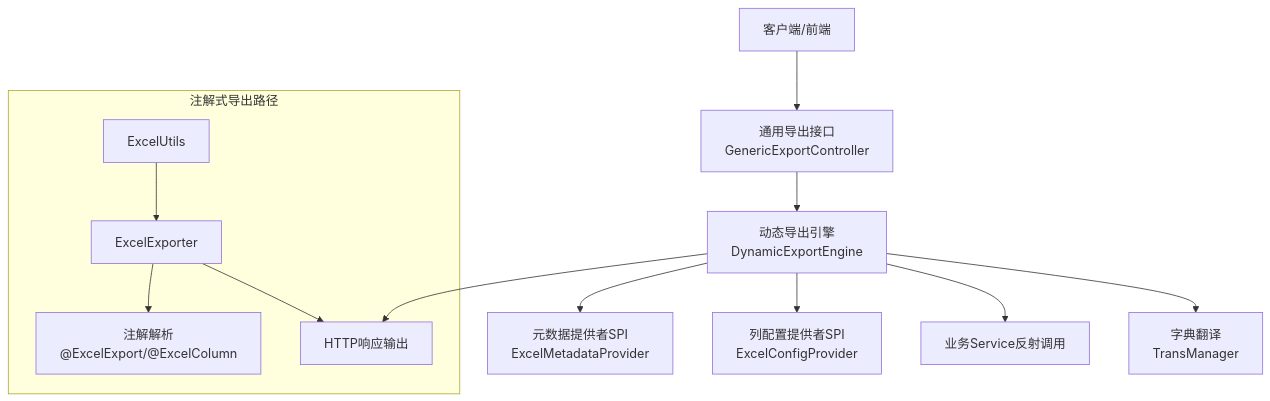
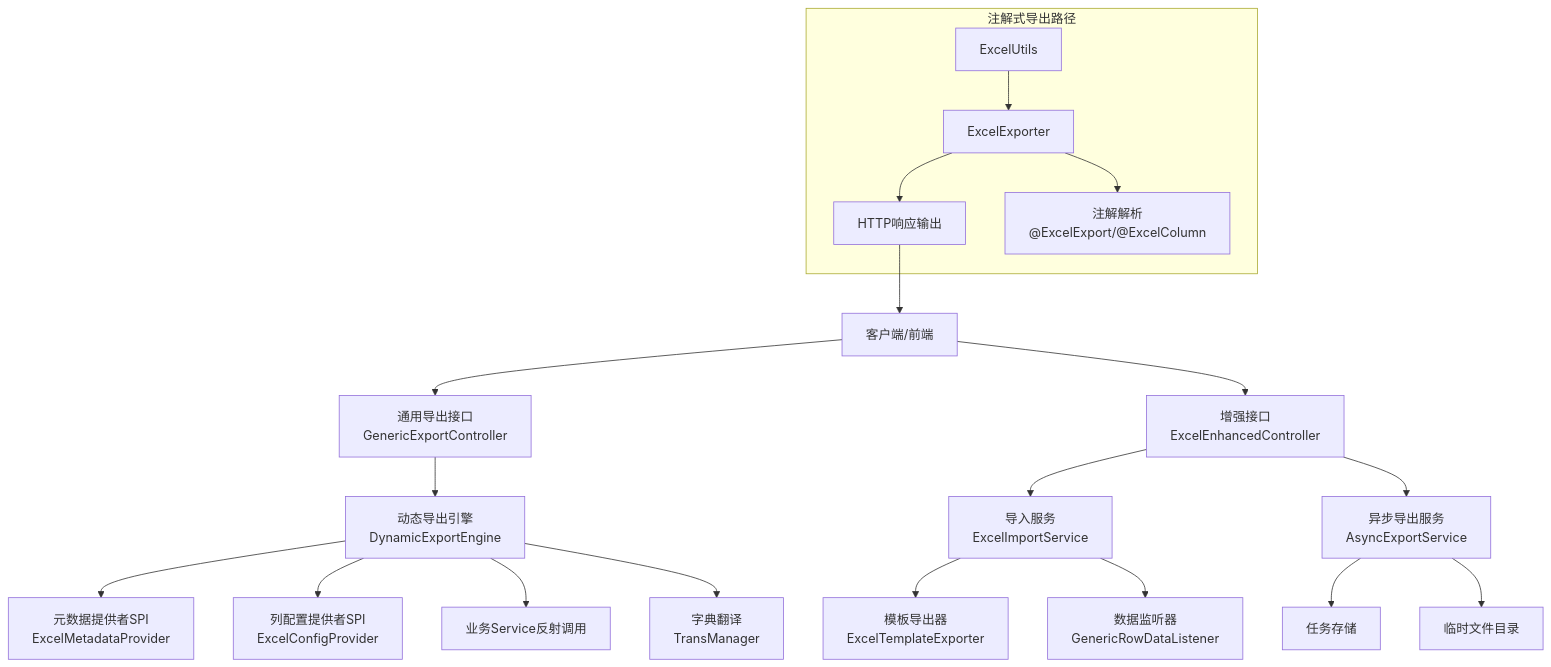
Before and after one commit to yaomindong1996/forge-admin: the second of 16 diagrams in .qoder/repowiki/zh/content/核心功能模块/Excel处理功能/Excel处理功能.md, drawn with Mermaid. The commit also changed other lines of this file and 37 other files, not shown here.

````diff
--- a/.qoder/repowiki/zh/content/核心功能模块/Excel处理功能/Excel处理功能.md
+++ b/.qoder/repowiki/zh/content/核心功能模块/Excel处理功能/Excel处理功能.md
@@ -107,15 +169,22 @@
 ```mermaid
 graph TB
 Client["客户端/前端"] --> API["通用导出接口<br/>GenericExportController"]
+Client --> EnhancedAPI["增强接口<br/>ExcelEnhancedController"]
 API --> Engine["动态导出引擎<br/>DynamicExportEngine"]
+EnhancedAPI --> ImportService["导入服务<br/>ExcelImportService"]
+EnhancedAPI --> ExportService["异步导出服务<br/>AsyncExportService"]
 Engine --> MetaSPI["元数据提供者SPI<br/>ExcelMetadataProvider"]
 Engine --> ColSPI["列配置提供者SPI<br/>ExcelConfigProvider"]
 Engine --> Service["业务Service反射调用"]
 Engine --> Trans["字典翻译<br/>TransManager"]
-Engine --> Response["HTTP响应输出"]
+ImportService --> TemplateExporter["模板导出器<br/>ExcelTemplateExporter"]
+ImportService --> RowDataListener["数据监听器<br/>GenericRowDataListener"]
+ExportService --> TaskStore["任务存储"]
+ExportService --> TempDir["临时文件目录"]
+Response["HTTP响应输出"] --> Client
 subgraph "注解式导出路径"
 Utils["ExcelUtils"] --> Exporter["ExcelExporter"]
 Exporter --> Annotation["注解解析<br/>@ExcelExport/@ExcelColumn"]
 Exporter --> Response
 end
 ```
````
